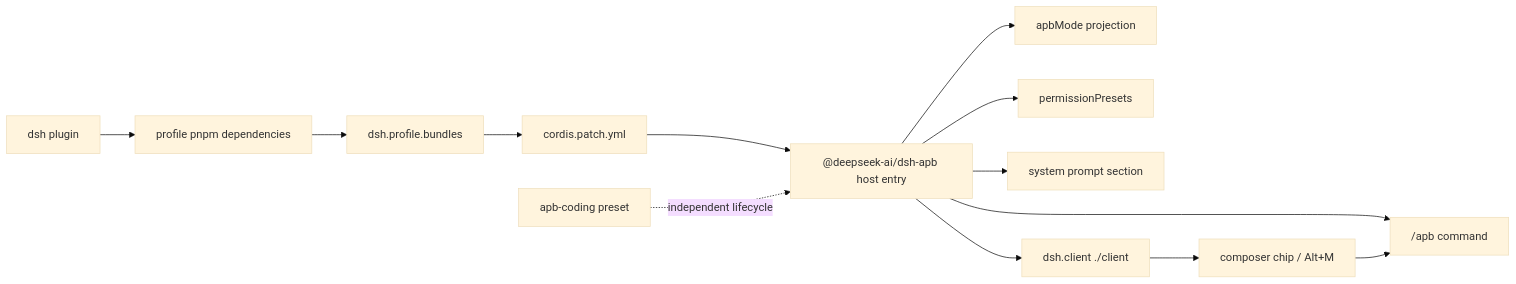
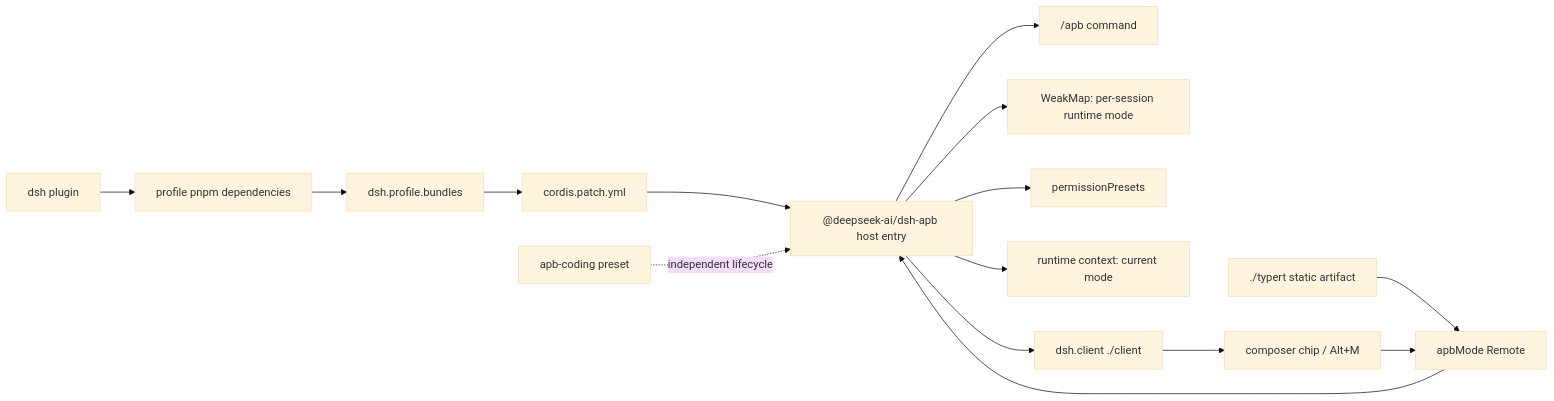
One commit to Songyanglin-curious/dsh-apb changed the first of 2 diagrams in docs/architecture/overview.md. Above: the diagram before and after it, drawn with Mermaid (base theme). The commit also changed other lines of this file and 23 other files, not shown here.

````diff
--- a/docs/architecture/overview.md
+++ b/docs/architecture/overview.md
@@ -11,15 +11,17 @@
 ```mermaid
 flowchart LR
     CLI["dsh plugin"] --> PNPM["profile pnpm dependencies"]
     PNPM --> STACK["dsh.profile.bundles"]
     STACK --> PATCH["cordis.patch.yml"]
     PATCH --> HOST["@deepseek-ai/dsh-apb host entry"]
     HOST --> CMD["/apb command"]
-    HOST --> PROJ["apbMode projection"]
+    HOST --> STATE["WeakMap: per-session runtime mode"]
+    TYPERT["./typert static artifact"] --> REMOTE["apbMode Remote"]
+    REMOTE --> HOST
     HOST --> PERM["permissionPresets"]
-    HOST --> PROMPT["system prompt section"]
+    HOST --> CTX["runtime context: current mode"]
     HOST --> CLIENT["dsh.client ./client"]
     CLIENT --> CHIP["composer chip / Alt+M"]
-    CHIP --> CMD
+    CHIP --> REMOTE
     PRESET["apb-coding preset"] -. independent lifecycle .-> HOST
 ```
````
